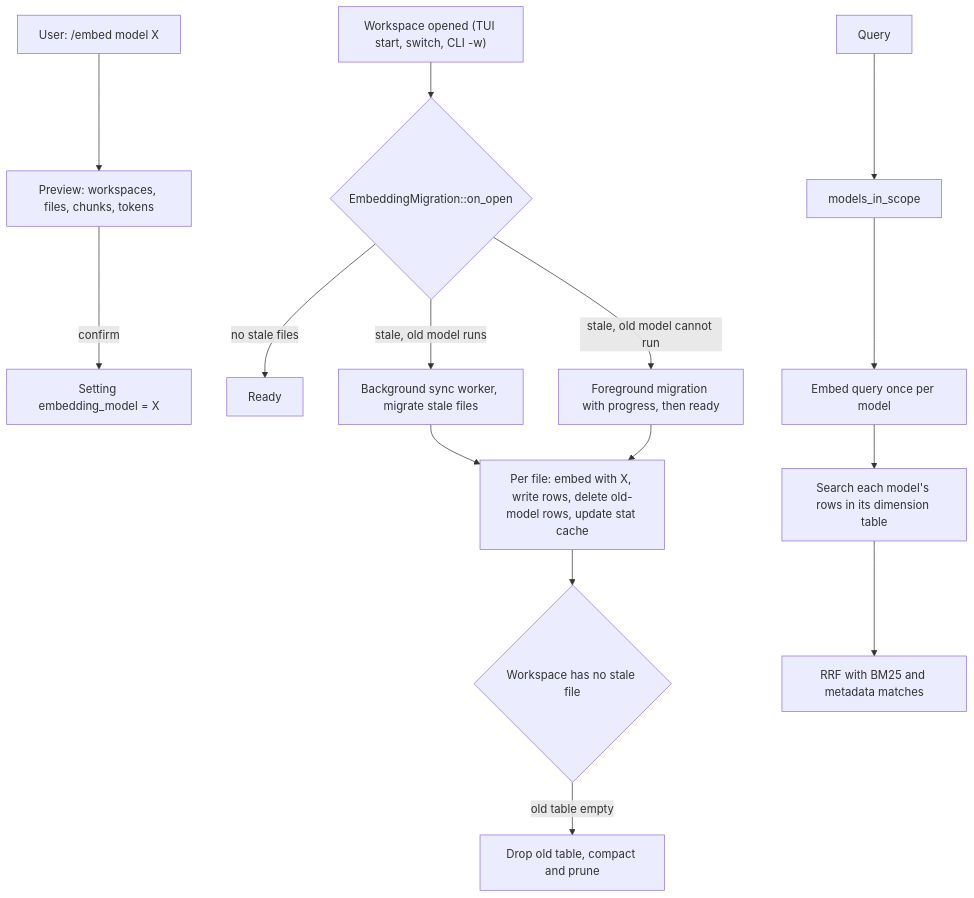
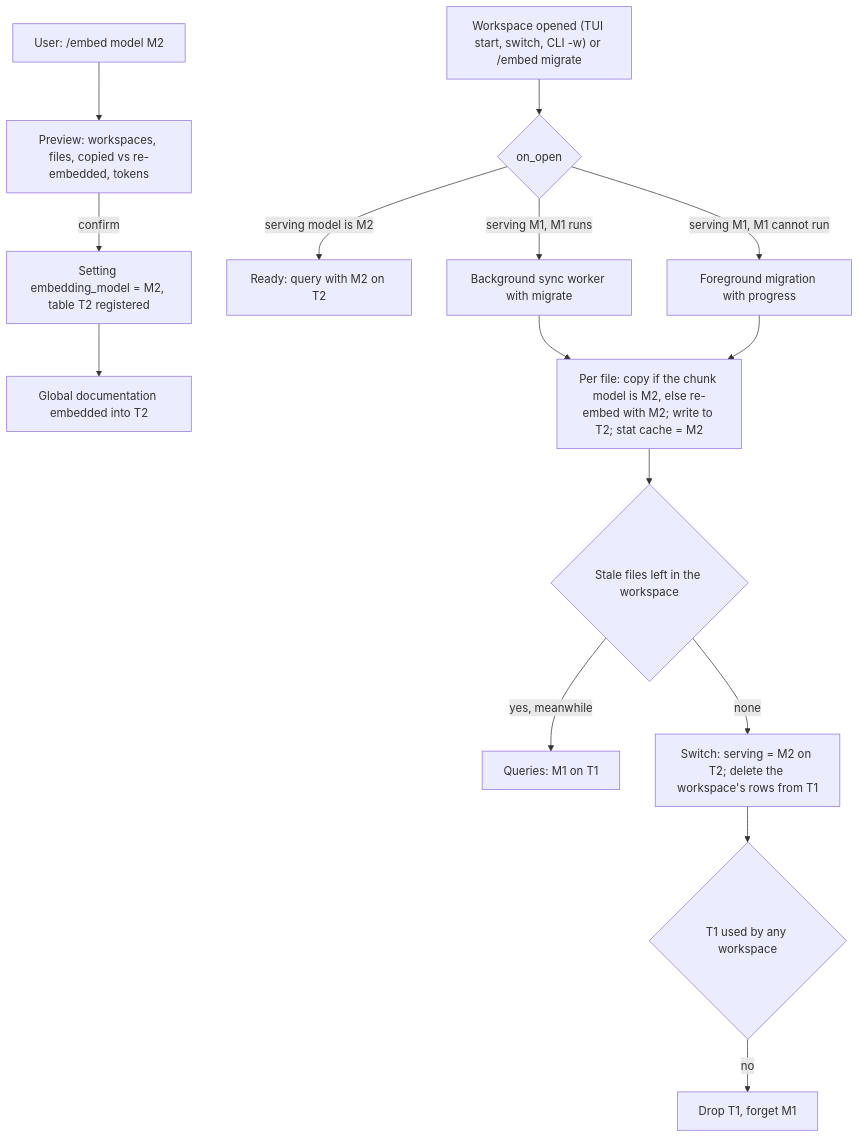
Before and after one commit to Levix-Digital/any-context: the diagram in docs/plans/any_context_per_table_vector_dimension_in_lancedb_with_assisted_reindex.md, drawn with Mermaid. The commit also changed other lines of this file, not shown here.

First line of the commit message:
docs(plan): revise IMP-004 to one vector table per model and a per-workspace switch

````diff
--- a/docs/plans/any_context_per_table_vector_dimension_in_lancedb_with_assisted_reindex.md
+++ b/docs/plans/any_context_per_table_vector_dimension_in_lancedb_with_assisted_reindex.md
@@ -144,17 +143,17 @@
 ```mermaid
 graph TD
-    U["User: /embed model X"] --> P["Preview: workspaces, files, chunks, tokens"]
-    P -->|confirm| S["Setting embedding_model = X"]
-    O["Workspace opened (TUI start, switch, CLI -w)"] --> D{"EmbeddingMigration::on_open"}
-    D -->|no stale files| R["Ready"]
-    D -->|stale, old model runs| B["Background sync worker, migrate stale files"]
-    D -->|stale, old model cannot run| F["Foreground migration with progress, then ready"]
-    B --> W["Per file: embed with X, write rows, delete old-model rows, update stat cache"]
+    U["User: /embed model M2"] --> P["Preview: workspaces, files, copied vs re-embedded, tokens"]
+    P -->|confirm| S["Setting embedding_model = M2, table T2 registered"]
+    S --> G["Global documentation embedded into T2"]
+    O["Workspace opened (TUI start, switch, CLI -w) or /embed migrate"] --> D{"on_open"}
+    D -->|serving model is M2| R["Ready: query with M2 on T2"]
+    D -->|serving M1, M1 runs| B["Background sync worker with migrate"]
+    D -->|serving M1, M1 cannot run| F["Foreground migration with progress"]
+    B --> W["Per file: copy if the chunk model is M2, else re-embed with M2; write to T2; stat cache = M2"]
     F --> W
-    W --> E{"Workspace has no stale file"}
-    E -->|old table empty| C["Drop old table, compact and prune"]
-    Q["Query"] --> M["models_in_scope"]
-    M --> V["Embed query once per model"]
-    V --> T["Search each model's rows in its dimension table"]
-    T --> RRF["RRF with BM25 and metadata matches"]
+    W --> E{"Stale files left in the workspace"}
+    E -->|yes, meanwhile| Q1["Queries: M1 on T1"]
+    E -->|none| SW["Switch: serving = M2 on T2; delete the workspace's rows from T1"]
+    SW --> X{"T1 used by any workspace"}
+    X -->|no| DR["Drop T1, forget M1"]
 ```
````
